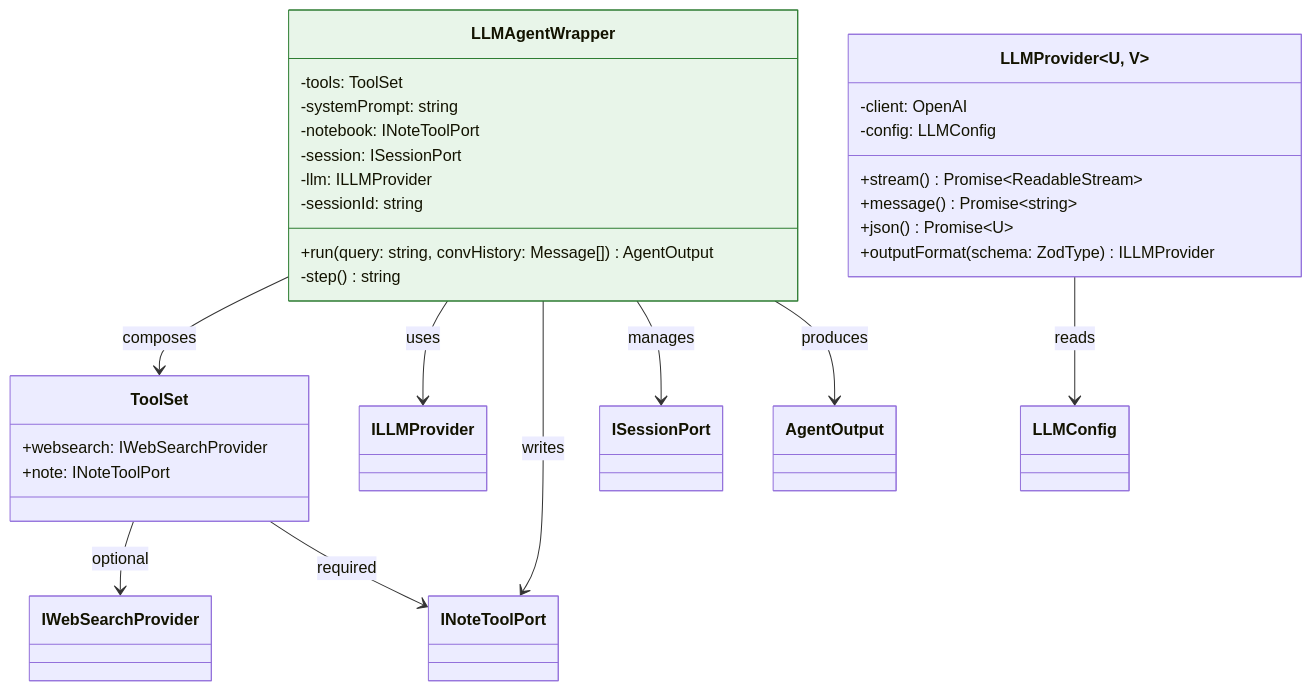
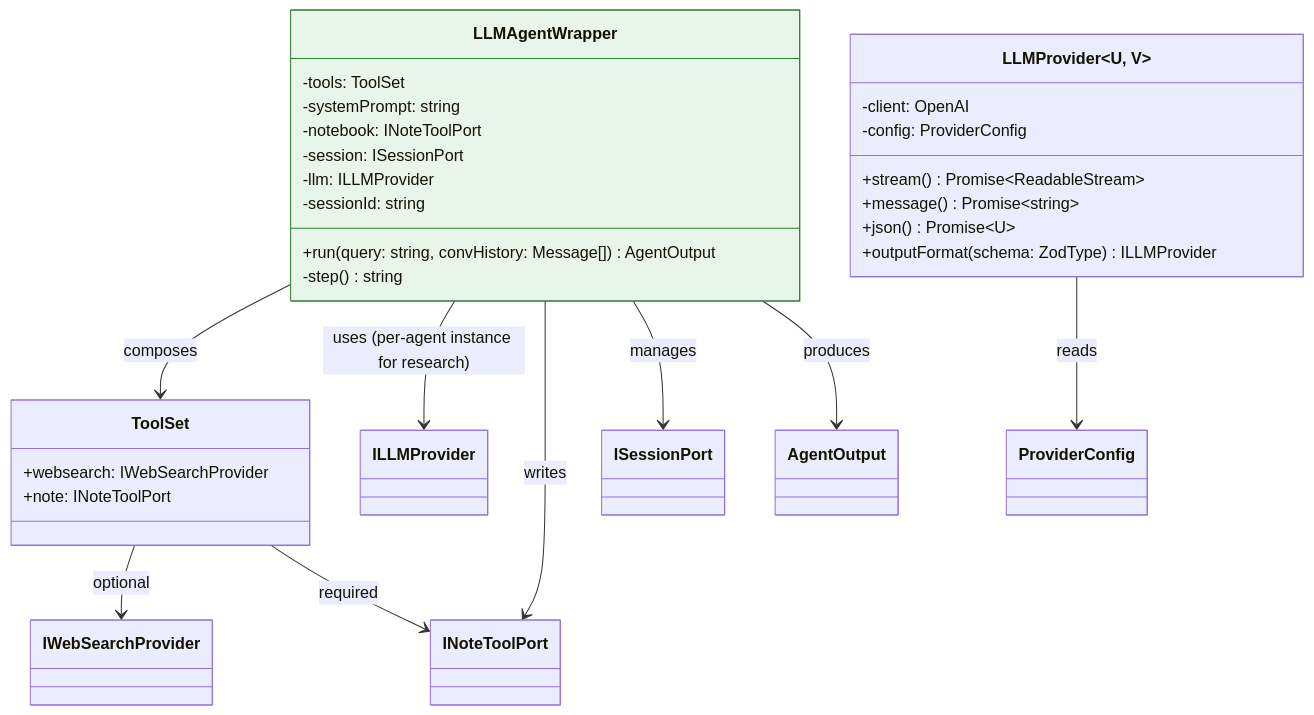
One commit to Glitch-guy0/self-consistency-research-agent changed the third of 5 diagrams in _bmad-output/planning-artifacts/class-diagram.md. Above: the diagram before and after it, drawn with Mermaid. The commit also changed other lines of this file and 7 other files, not shown here.

````diff
--- a/_bmad-output/planning-artifacts/class-diagram.md
+++ b/_bmad-output/planning-artifacts/class-diagram.md
@@ -166,40 +174,40 @@
 ```mermaid
 classDiagram
     class LLMAgentWrapper {
         -tools: ToolSet
         -systemPrompt: string
         -notebook: INoteToolPort
         -session: ISessionPort
         -llm: ILLMProvider
         -sessionId: string
         +run(query: string, convHistory: Message[]) AgentOutput
         -step() string
     }
 
     class ToolSet {
         +websearch: IWebSearchProvider
         +note: INoteToolPort
     }
 
     class LLMProvider~U, V~ {
         -client: OpenAI
-        -config: LLMConfig
+        -config: ProviderConfig
         +stream() Promise~ReadableStream~
         +message() Promise~string~
         +json() Promise~U~
         +outputFormat(schema: ZodType) ILLMProvider
     }
 
     LLMAgentWrapper --> ToolSet : composes
-    LLMAgentWrapper --> ILLMProvider : uses
+    LLMAgentWrapper --> ILLMProvider : uses (per-agent instance for research)
     LLMAgentWrapper --> INoteToolPort : writes
     LLMAgentWrapper --> ISessionPort : manages
     LLMAgentWrapper --> AgentOutput : produces
 
     ToolSet --> IWebSearchProvider : optional
     ToolSet --> INoteToolPort : required
 
-    LLMProvider --> LLMConfig : reads
+    LLMProvider --> ProviderConfig : reads
 
     style LLMAgentWrapper fill:#e8f5e9,stroke:#2e7d32
 ```
````
